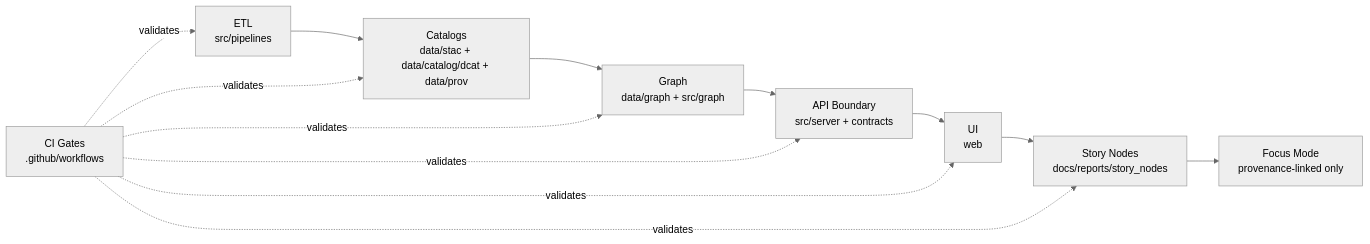
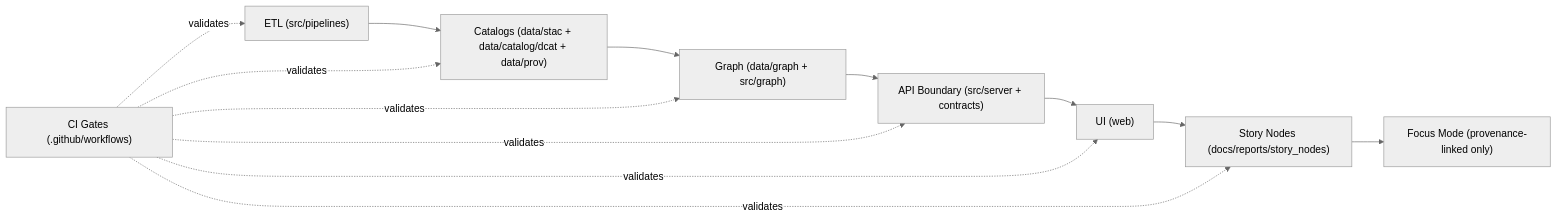
Before and after one commit to bartytime4life/Kansas-Frontier-Matrix: the first of 3 diagrams in .github/workflows/README.md, drawn with Mermaid (neutral theme). The commit also changed other lines of this file, not shown here.

```diff
--- a/.github/workflows/README.md
+++ b/.github/workflows/README.md
@@ -154,16 +169,16 @@
 ~~~mermaid
 flowchart LR
-  A[ETL<br/>src/pipelines] --> B[Catalogs<br/>data/stac + data/catalog/dcat + data/prov]
-  B --> C[Graph<br/>data/graph + src/graph]
-  C --> D[API Boundary<br/>src/server + contracts]
-  D --> E[UI<br/>web]
-  E --> F[Story Nodes<br/>docs/reports/story_nodes]
-  F --> G[Focus Mode<br/>provenance-linked only]
+  A["ETL (src/pipelines)"] --> B["Catalogs (data/stac + data/catalog/dcat + data/prov)"]
+  B --> C["Graph (data/graph + src/graph)"]
+  C --> D["API Boundary (src/server + contracts)"]
+  D --> E["UI (web)"]
+  E --> F["Story Nodes (docs/reports/story_nodes)"]
+  F --> G["Focus Mode (provenance-linked only)"]
 
-  CI[CI Gates<br/>.github/workflows] -. validates .-> A
+  CI["CI Gates (.github/workflows)"] -. validates .-> A
   CI -. validates .-> B
   CI -. validates .-> C
   CI -. validates .-> D
   CI -. validates .-> E
   CI -. validates .-> F
 ~~~
```
